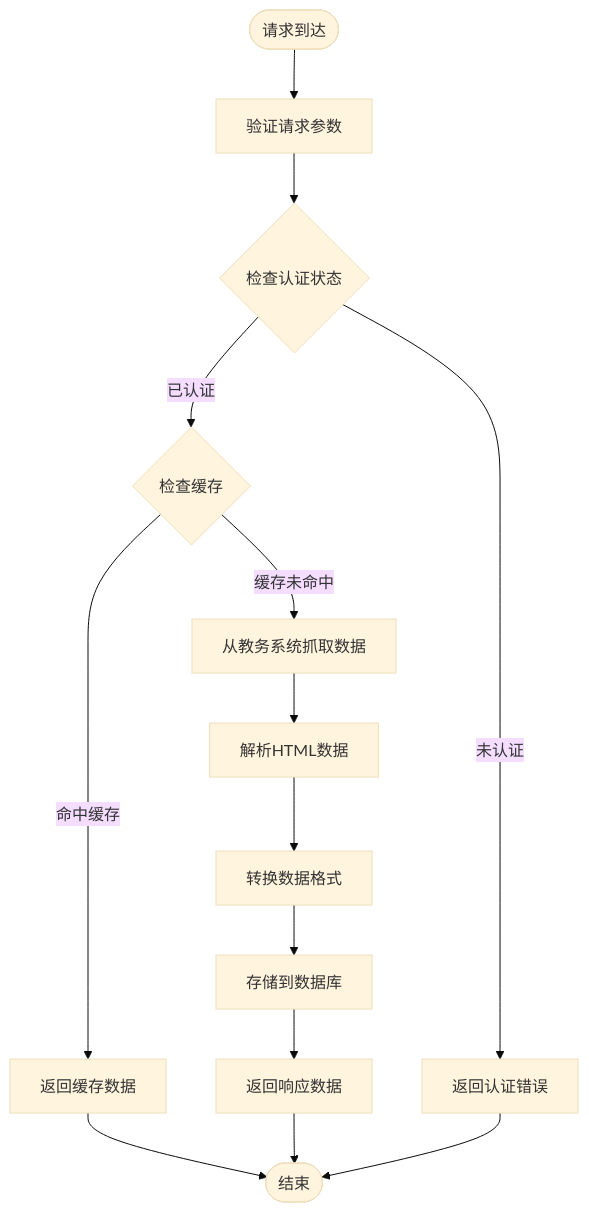
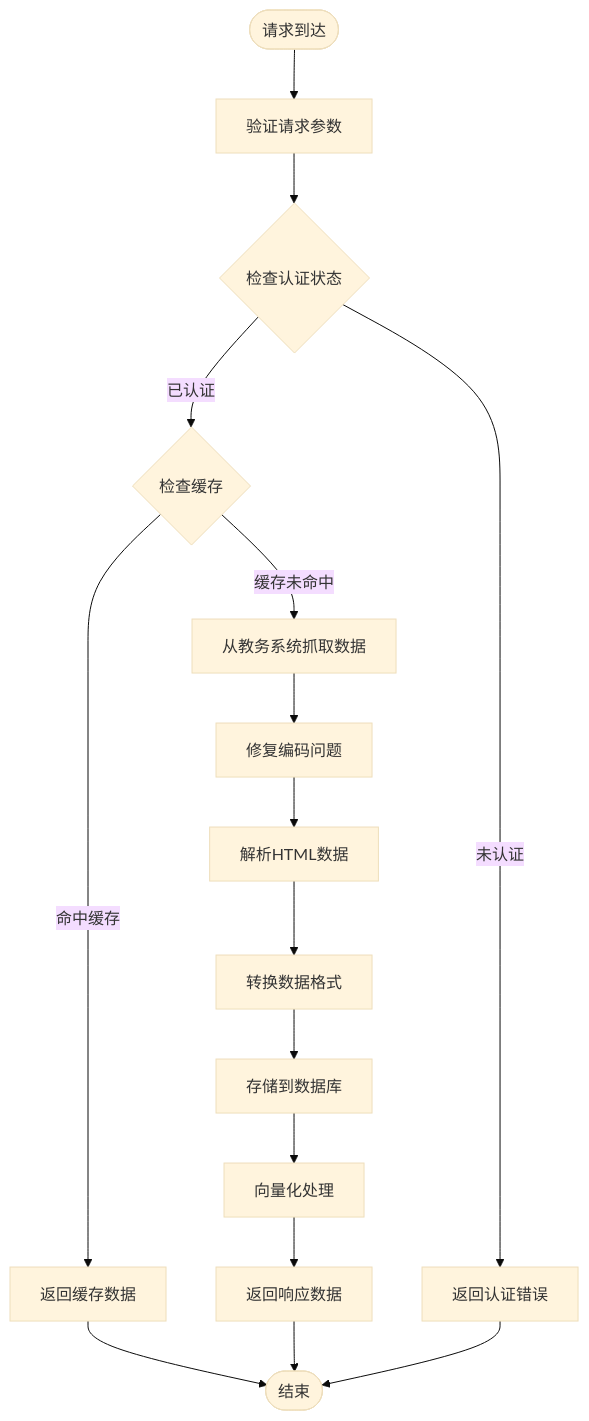
The third of 4 diagrams in .qoder/repowiki/zh/content/后端API文档/学术数据查询API/学术数据查询API.md (ghbbn053-ship-itsoulddog/soulddog), drawn with Mermaid (base theme) before and after one commit. The commit also changed other lines of this file and 47 other files, not shown here.

````diff
--- a/.qoder/repowiki/zh/content/后端API文档/学术数据查询API/学术数据查询API.md
+++ b/.qoder/repowiki/zh/content/后端API文档/学术数据查询API/学术数据查询API.md
@@ -145,16 +160,18 @@
 ```mermaid
 flowchart TD
 Start([请求到达]) --> Validate[验证请求参数]
 Validate --> CheckAuth{检查认证状态}
 CheckAuth --> |未认证| AuthError[返回认证错误]
 CheckAuth --> |已认证| CheckCache{检查缓存}
 CheckCache --> |命中缓存| ReturnCache[返回缓存数据]
 CheckCache --> |缓存未命中| FetchData[从教务系统抓取数据]
-FetchData --> ParseData[解析HTML数据]
+FetchData --> FixEncoding[修复编码问题]
+FixEncoding --> ParseData[解析HTML数据]
 ParseData --> TransformData[转换数据格式]
 TransformData --> StoreData[存储到数据库]
-StoreData --> ReturnData[返回响应数据]
+StoreData --> Vectorize[向量化处理]
+Vectorize --> ReturnData[返回响应数据]
 ReturnCache --> End([结束])
 ReturnData --> End
 AuthError --> End
 ```
````
